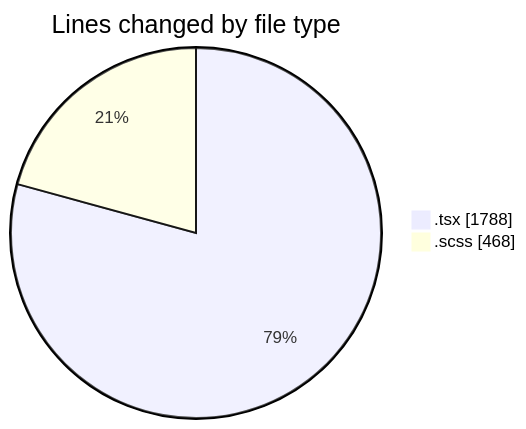
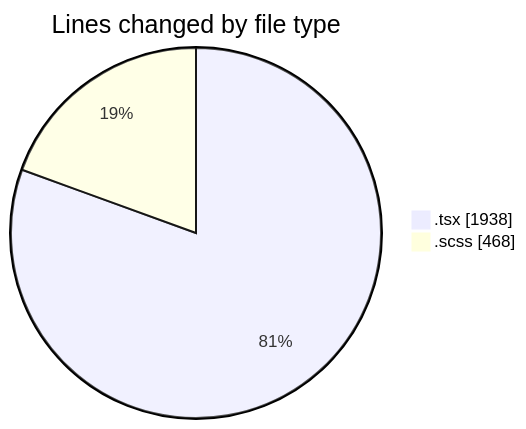
One commit to momahboobian/code-tracking changed the first of 2 diagrams in 2025-04-10/cda/README.md. Above: the diagram before and after it, drawn with Mermaid. The commit also changed other lines of this file and 1 other file, not shown here.

````diff
--- a/2025-04-10/cda/README.md
+++ b/2025-04-10/cda/README.md
@@ -25,6 +26,6 @@
 ```mermaid
 pie showData
 title Lines changed by file type
-".tsx" : 1788
+".tsx" : 1938
 ".scss" : 468
 ```
````
